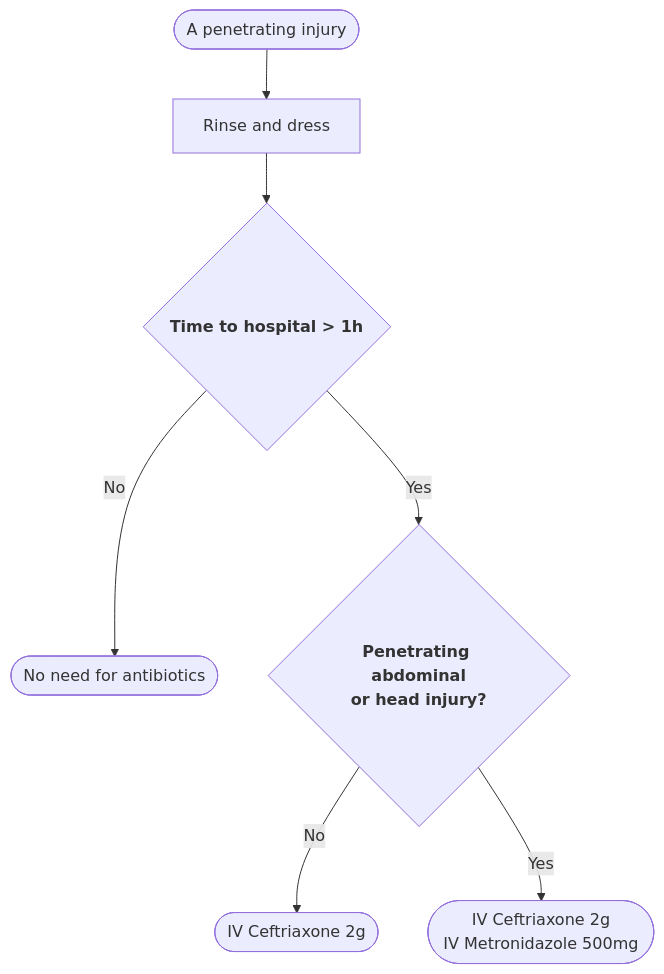
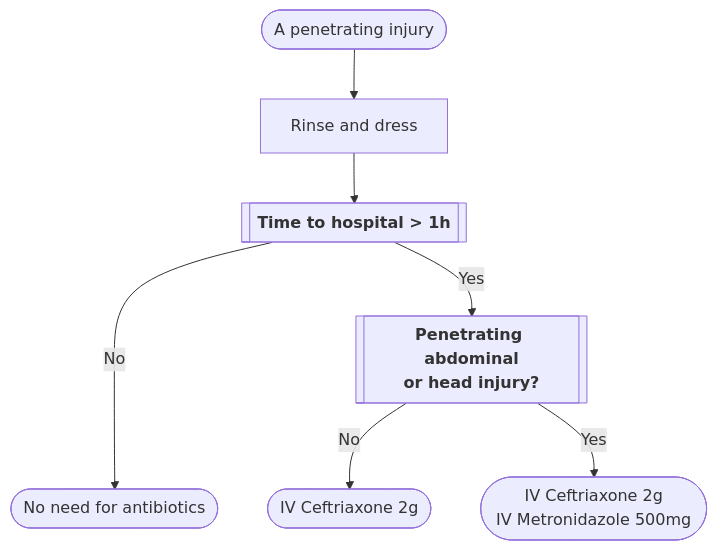
Before and after one commit to avishaitsur/TCMB-Book: the diagram in antibiotics.qmd, drawn with Mermaid. The commit also changed 18 other files, not shown here.

Commit message:
Diagram edits

````diff
--- a/antibiotics.qmd
+++ b/antibiotics.qmd
@@ -13,10 +13,11 @@
 ```{mermaid}
+%%| fig-cap: "פרוטוקול מתן אנטיביוטיקה"
 %%{init: {'theme':'default'}}%%
 graph TD
     A([A penetrating injury]) --> B[Rinse and dress]
-    B --> C{<b>Time to hospital > 1h</b>}
-    C --> |No|D([No need for antibiotics])
-    C --> |Yes|E{<b>Penetrating abdominal<br/>or head injury?</b>}
+    B --> C[[<b>Time to hospital > 1h</b>]]
+    C ---> |No|D([No need for antibiotics])
+    C --> |Yes|E[[<b>Penetrating abdominal<br/>or head injury?</b>]]
     E --> |No|F([IV Ceftriaxone 2g])
     E --> |Yes|G([IV Ceftriaxone 2g<br/>IV Metronidazole 500mg])
 ```
````
